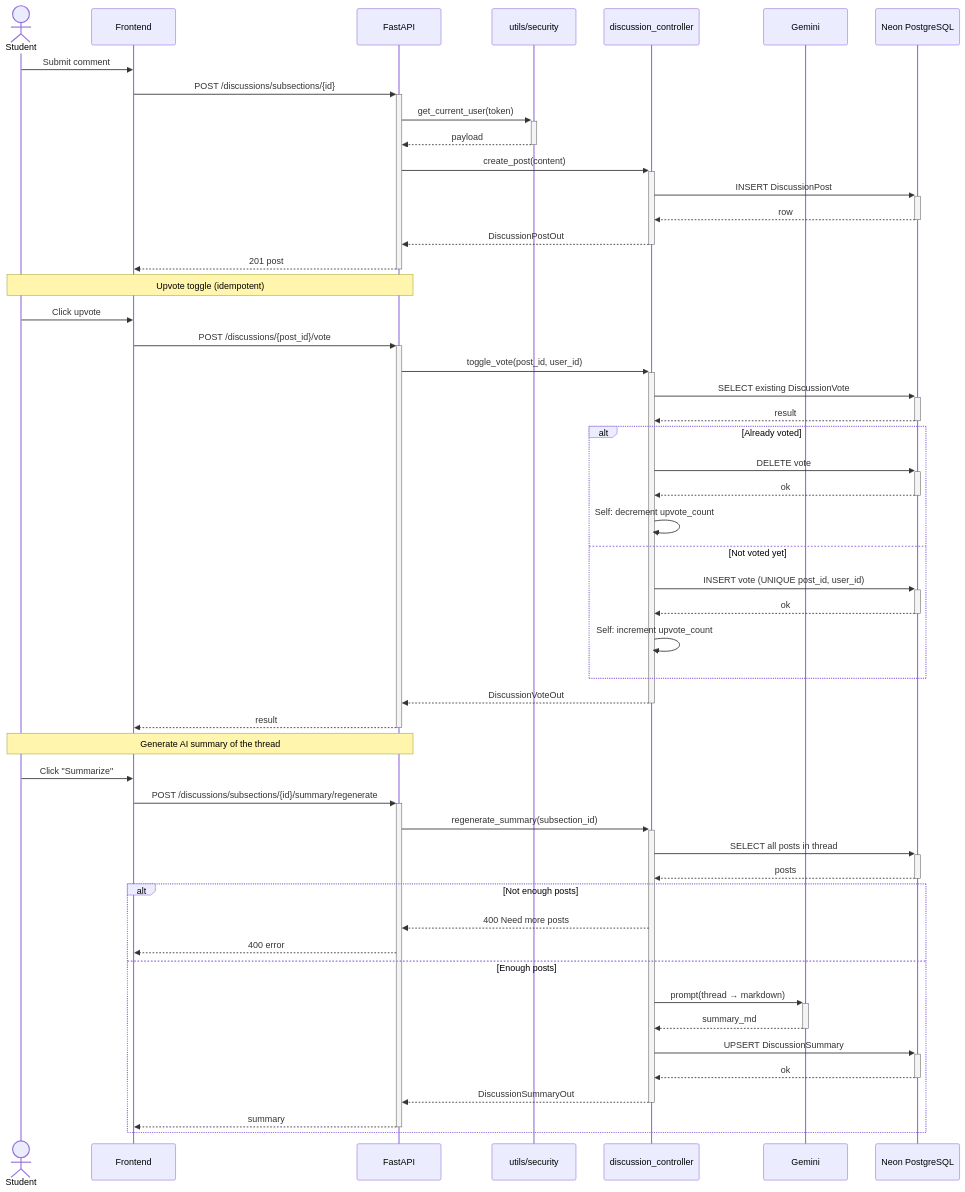
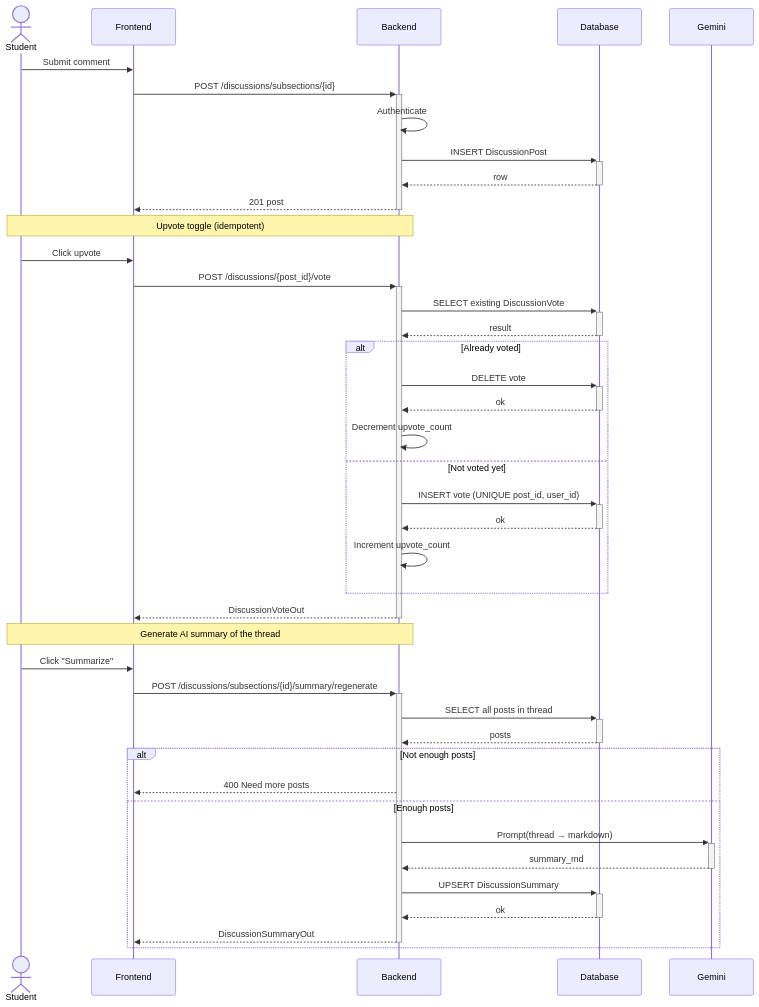
One commit to yazidha09/Hub4Learners changed the fifth of 5 diagrams in docs/sprints/SPRINT_5.md. Above: the diagram before and after it, drawn with Mermaid. The commit also changed other lines of this file and 5 other files, not shown here.

````diff
--- a/docs/sprints/SPRINT_5.md
+++ b/docs/sprints/SPRINT_5.md
@@ -242,58 +234,48 @@
 ```mermaid
 sequenceDiagram
     actor Student
     participant Frontend
-    participant API as FastAPI
-    participant Sec as utils/security
-    participant Disc as discussion_controller
+    participant Backend
+    participant DB as Database
     participant Gemini
-    participant DB as Neon PostgreSQL
 
     Student->>Frontend: Submit comment
-    Frontend->>+API: POST /discussions/subsections/{id}
-    API->>+Sec: get_current_user(token)
-    Sec-->>-API: payload
-    API->>+Disc: create_post(content)
-    Disc->>+DB: INSERT DiscussionPost
-    DB-->>-Disc: row
-    Disc-->>-API: DiscussionPostOut
-    API-->>-Frontend: 201 post
+    Frontend->>+Backend: POST /discussions/subsections/{id}
+    Backend->>Backend: Authenticate
+    Backend->>+DB: INSERT DiscussionPost
+    DB-->>-Backend: row
+    Backend-->>-Frontend: 201 post
 
-    Note over Student,API: Upvote toggle (idempotent)
+    Note over Student,Backend: Upvote toggle (idempotent)
 
     Student->>Frontend: Click upvote
-    Frontend->>+API: POST /discussions/{post_id}/vote
-    API->>+Disc: toggle_vote(post_id, user_id)
-    Disc->>+DB: SELECT existing DiscussionVote
-    DB-->>-Disc: result
+    Frontend->>+Backend: POST /discussions/{post_id}/vote
+    Backend->>+DB: SELECT existing DiscussionVote
+    DB-->>-Backend: result
     alt Already voted
-        Disc->>+DB: DELETE vote
-        DB-->>-Disc: ok
-        Disc->>Disc: Self: decrement upvote_count
+        Backend->>+DB: DELETE vote
+        DB-->>-Backend: ok
+        Backend->>Backend: Decrement upvote_count
     else Not voted yet
-        Disc->>+DB: INSERT vote (UNIQUE post_id, user_id)
-        DB-->>-Disc: ok
-        Disc->>Disc: Self: increment upvote_count
+        Backend->>+DB: INSERT vote (UNIQUE post_id, user_id)
+        DB-->>-Backend: ok
+        Backend->>Backend: Increment upvote_count
     end
-    Disc-->>-API: DiscussionVoteOut
-    API-->>-Frontend: result
+    Backend-->>-Frontend: DiscussionVoteOut
 
-    Note over Student,API: Generate AI summary of the thread
+    Note over Student,Backend: Generate AI summary of the thread
 
     Student->>Frontend: Click "Summarize"
-    Frontend->>+API: POST /discussions/subsections/{id}/summary/regenerate
-    API->>+Disc: regenerate_summary(subsection_id)
-    Disc->>+DB: SELECT all posts in thread
-    DB-->>-Disc: posts
+    Frontend->>+Backend: POST /discussions/subsections/{id}/summary/regenerate
+    Backend->>+DB: SELECT all posts in thread
+    DB-->>-Backend: posts
     alt Not enough posts
-        Disc-->>API: 400 Need more posts
-        API-->>Frontend: 400 error
+        Backend-->>Frontend: 400 Need more posts
     else Enough posts
-        Disc->>+Gemini: prompt(thread → markdown)
-        Gemini-->>-Disc: summary_md
-        Disc->>+DB: UPSERT DiscussionSummary
-        DB-->>-Disc: ok
-        Disc-->>-API: DiscussionSummaryOut
-        API-->>-Frontend: summary
+        Backend->>+Gemini: Prompt(thread → markdown)
+        Gemini-->>-Backend: summary_md
+        Backend->>+DB: UPSERT DiscussionSummary
+        DB-->>-Backend: ok
+        Backend-->>-Frontend: DiscussionSummaryOut
     end
 ```
````
